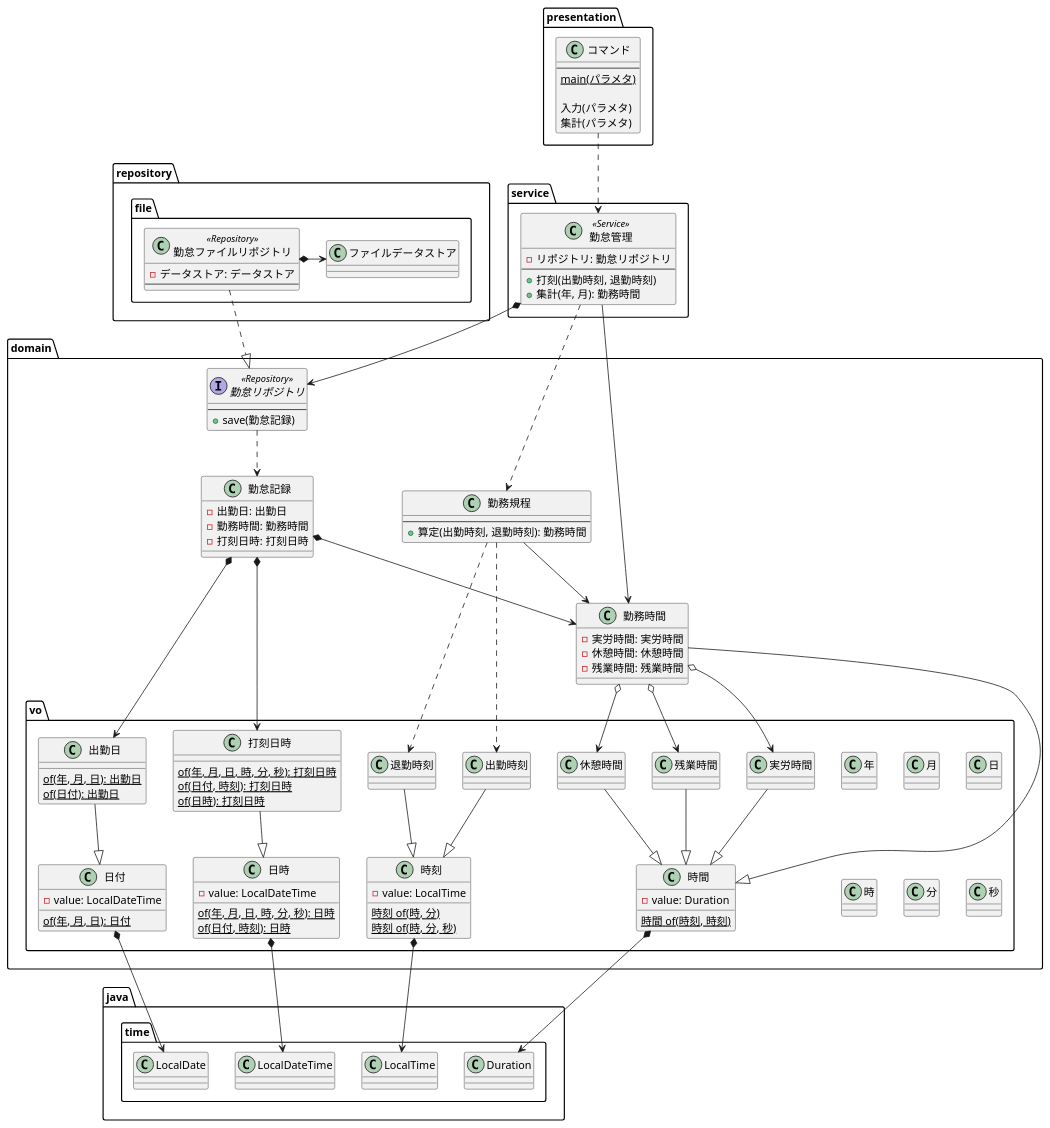
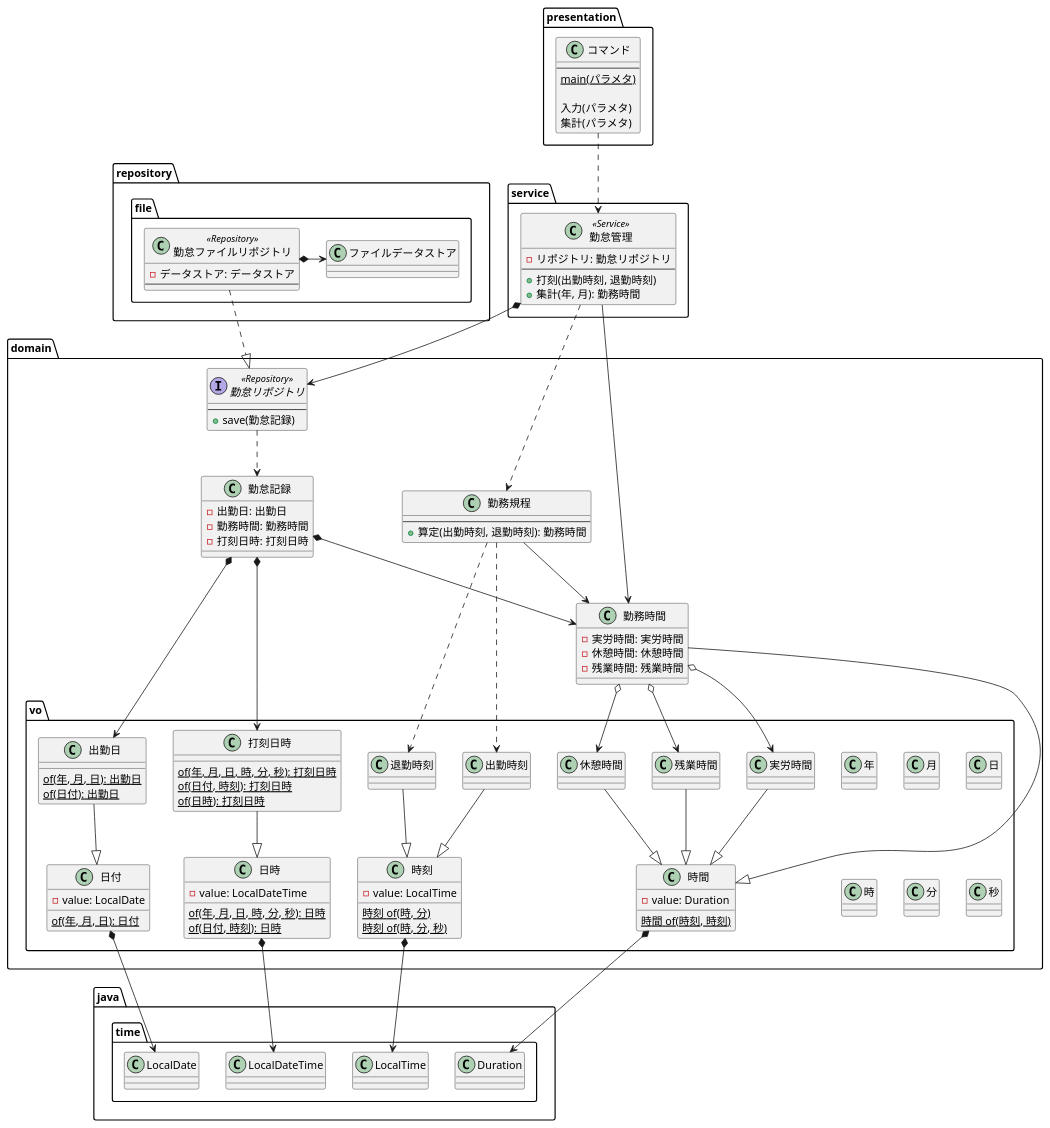
One commit to biglobe-isp/kintai changed the diagram in spec/logical-models.puml. Above: the diagram before and after it, drawn with PlantUML.

Commit message:
日付クラスのValue型を誤っていたため修正

```diff
--- a/spec/logical-models.puml
+++ b/spec/logical-models.puml
@@ -1,145 +1,145 @@
 @startuml
 
 package java.time {
     class LocalDate
     class LocalTime
     class LocalDateTime
     class Duration
 }
 
 package domain {
     package vo {
         class 年
         class 月
         class 日
         class 時
         class 分
         class 秒
 
         class 日付 {
-          - value: LocalDateTime
+          - value: LocalDate
           {static} of(年, 月, 日): 日付
         }
         日付 *--> LocalDate
 
         class 時刻 {
           - value: LocalTime
           {static} 時刻 of(時, 分)
           {static} 時刻 of(時, 分, 秒)
         }
         時刻 *--> LocalTime
 
         class 時間 {
           - value: Duration
           {static} 時間 of(時刻, 時刻)
         }
         時間 *--> Duration
 
         class 日時 {
           - value: LocalDateTime
           {static} of(年, 月, 日, 時, 分, 秒): 日時
           {static} of(日付, 時刻): 日時
         }
         日時 *--> LocalDateTime
 
         class 出勤日 {
           {static} of(年, 月, 日): 出勤日
           {static} of(日付): 出勤日
         }
         出勤日 --|> 日付
 
         class 出勤時刻
         出勤時刻 --|> 時刻
 
         class 退勤時刻
         退勤時刻 --|> 時刻
 
         class 実労時間
         実労時間 --|> 時間
 
         class 残業時間
         残業時間 --|> 時間
 
         class 休憩時間
         休憩時間 --|> 時間
 
         class 打刻日時 {
           {static} of(年, 月, 日, 時, 分, 秒): 打刻日時
           {static} of(日付, 時刻): 打刻日時
           {static} of(日時): 打刻日時
         }
         打刻日時 --|> 日時
     }
 
     class 勤務時間 {
       - 実労時間: 実労時間
       - 休憩時間: 休憩時間
       - 残業時間: 残業時間
     }
     勤務時間 --|> 時間
     勤務時間 o--> 実労時間
     勤務時間 o--> 休憩時間
     勤務時間 o--> 残業時間
 
     class 勤務規程 {
       ----
       + 算定(出勤時刻, 退勤時刻): 勤務時間
     }
     勤務規程 --> 勤務時間
     勤務規程 ..> 出勤時刻
     勤務規程 ..> 退勤時刻
 
     class 勤怠記録 {
       - 出勤日: 出勤日
       - 勤務時間: 勤務時間
       - 打刻日時: 打刻日時
     }
     勤怠記録 *--> 出勤日
     勤怠記録 *--> 勤務時間
     勤怠記録 *--> 打刻日時
 
     interface 勤怠リポジトリ <<Repository>> {
       ----
       + save(勤怠記録)
     }
     勤怠リポジトリ ..> 勤怠記録
 }
 
 package service {
     ' Puncher
     class 勤怠管理 <<Service>> {
       - リポジトリ: 勤怠リポジトリ
       ----
       + 打刻(出勤時刻, 退勤時刻)
       + 集計(年, 月): 勤務時間
     }
     勤怠管理 *--> 勤怠リポジトリ
     勤怠管理 ..> 勤務規程
     勤怠管理 --> 勤務時間
 }
 
 package repository.file {
     class ファイルデータストア {
     }
 
     class 勤怠ファイルリポジトリ <<Repository>> {
       - データストア: データストア
       ----
     }
     勤怠ファイルリポジトリ ..|> 勤怠リポジトリ
     勤怠ファイルリポジトリ *-> ファイルデータストア
 }
 
 package presentation {
   class コマンド {
     ----
     {static} main(パラメタ)
 
     入力(パラメタ)
     集計(パラメタ)
   }
 
   コマンド ..> 勤怠管理
 }
 
 @enduml
```
